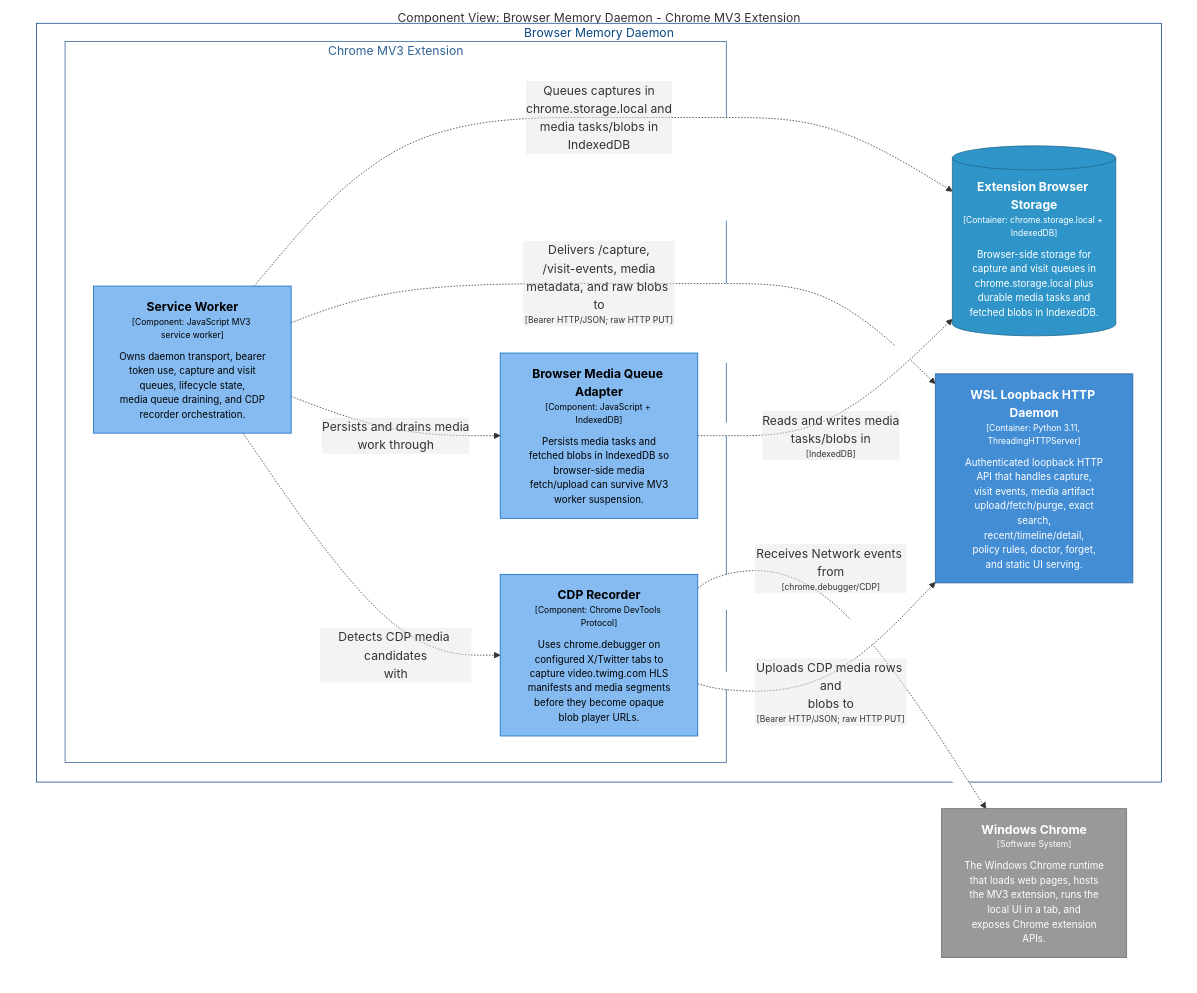
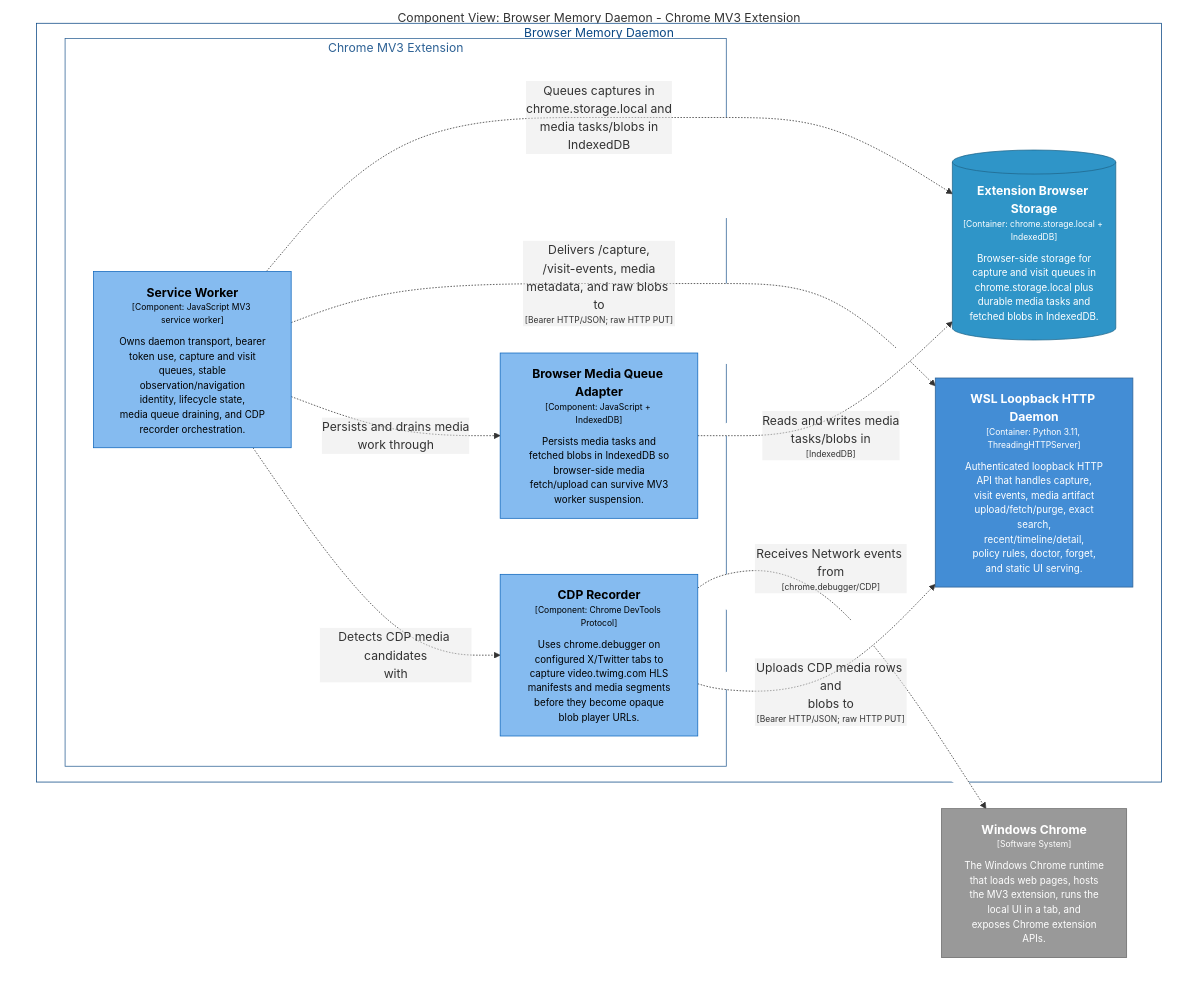
Before and after one commit to michaelnicks0/browser-memory-daemon: the diagram in docs/architecture/diagrams/structurizr-ExtensionMediaComponents.mmd, drawn with Mermaid. The commit also changed 196 other files, not shown here.

```diff
--- a/docs/architecture/diagrams/structurizr-ExtensionMediaComponents.mmd
+++ b/docs/architecture/diagrams/structurizr-ExtensionMediaComponents.mmd
@@ -1,38 +1,38 @@
 graph TB
   linkStyle default fill:#ffffff
 
   subgraph diagram ["Component View: Browser Memory Daemon - Chrome MV3 Extension"]
     style diagram fill:#ffffff,stroke:#ffffff
 
     2["<div style='font-weight: bold'>Windows Chrome</div><div style='font-size: 70%; margin-top: 0px'>[Software System]</div><div style='font-size: 80%; margin-top:10px'>The Windows Chrome runtime<br />that loads web pages, hosts<br />the MV3 extension, runs the<br />local UI in a tab, and<br />exposes Chrome extension<br />APIs.</div>"]
     style 2 fill:#999999,stroke:#6b6b6b,color:#ffffff
 
     subgraph 4 ["Browser Memory Daemon"]
       style 4 fill:#ffffff,stroke:#0b4884,color:#0b4884
 
       subgraph 5 ["Chrome MV3 Extension"]
         style 5 fill:#ffffff,stroke:#2e6295,color:#2e6295
 
         10["<div style='font-weight: bold'>Browser Media Queue Adapter</div><div style='font-size: 70%; margin-top: 0px'>[Component: JavaScript + IndexedDB]</div><div style='font-size: 80%; margin-top:10px'>Persists media tasks and<br />fetched blobs in IndexedDB so<br />browser-side media<br />fetch/upload can survive MV3<br />worker suspension.</div>"]
         style 10 fill:#85bbf0,stroke:#1168bd,color:#000000
         11["<div style='font-weight: bold'>CDP Recorder</div><div style='font-size: 70%; margin-top: 0px'>[Component: Chrome DevTools Protocol]</div><div style='font-size: 80%; margin-top:10px'>Uses chrome.debugger on<br />configured X/Twitter tabs to<br />capture video.twimg.com HLS<br />manifests and media segments<br />before they become opaque<br />blob player URLs.</div>"]
         style 11 fill:#85bbf0,stroke:#1168bd,color:#000000
-        9["<div style='font-weight: bold'>Service Worker</div><div style='font-size: 70%; margin-top: 0px'>[Component: JavaScript MV3 service worker]</div><div style='font-size: 80%; margin-top:10px'>Owns daemon transport, bearer<br />token use, capture and visit<br />queues, lifecycle state,<br />media queue draining, and CDP<br />recorder orchestration.</div>"]
+        9["<div style='font-weight: bold'>Service Worker</div><div style='font-size: 70%; margin-top: 0px'>[Component: JavaScript MV3 service worker]</div><div style='font-size: 80%; margin-top:10px'>Owns daemon transport, bearer<br />token use, capture and visit<br />queues, stable<br />observation/navigation<br />identity, lifecycle state,<br />media queue draining, and CDP<br />recorder orchestration.</div>"]
         style 9 fill:#85bbf0,stroke:#1168bd,color:#000000
       end
 
       13[("<div style='font-weight: bold'>Extension Browser Storage</div><div style='font-size: 70%; margin-top: 0px'>[Container: chrome.storage.local + IndexedDB]</div><div style='font-size: 80%; margin-top:10px'>Browser-side storage for<br />capture and visit queues in<br />chrome.storage.local plus<br />durable media tasks and<br />fetched blobs in IndexedDB.</div>")]
       style 13 fill:#2f95c8,stroke:#20688c,color:#ffffff
       14["<div style='font-weight: bold'>WSL Loopback HTTP Daemon</div><div style='font-size: 70%; margin-top: 0px'>[Container: Python 3.11, ThreadingHTTPServer]</div><div style='font-size: 80%; margin-top:10px'>Authenticated loopback HTTP<br />API that handles capture,<br />visit events, media artifact<br />upload/fetch/purge, exact<br />search,<br />recent/timeline/detail,<br />policy rules, doctor, forget,<br />and static UI serving.</div>"]
       style 14 fill:#438dd5,stroke:#2e6295,color:#ffffff
     end
 
     9-. "<div>Queues captures in<br />chrome.storage.local and<br />media tasks/blobs in<br />IndexedDB</div><div style='font-size: 70%'></div>" .->13
     9-. "<div>Delivers /capture,<br />/visit-events, media<br />metadata, and raw blobs to</div><div style='font-size: 70%'>[Bearer HTTP/JSON; raw HTTP PUT]</div>" .->14
     9-. "<div>Persists and drains media<br />work through</div><div style='font-size: 70%'></div>" .->10
     10-. "<div>Reads and writes media<br />tasks/blobs in</div><div style='font-size: 70%'>[IndexedDB]</div>" .->13
     9-. "<div>Detects CDP media candidates<br />with</div><div style='font-size: 70%'></div>" .->11
     11-. "<div>Receives Network events from</div><div style='font-size: 70%'>[chrome.debugger/CDP]</div>" .->2
     11-. "<div>Uploads CDP media rows and<br />blobs to</div><div style='font-size: 70%'>[Bearer HTTP/JSON; raw HTTP PUT]</div>" .->14
 
   end
```
